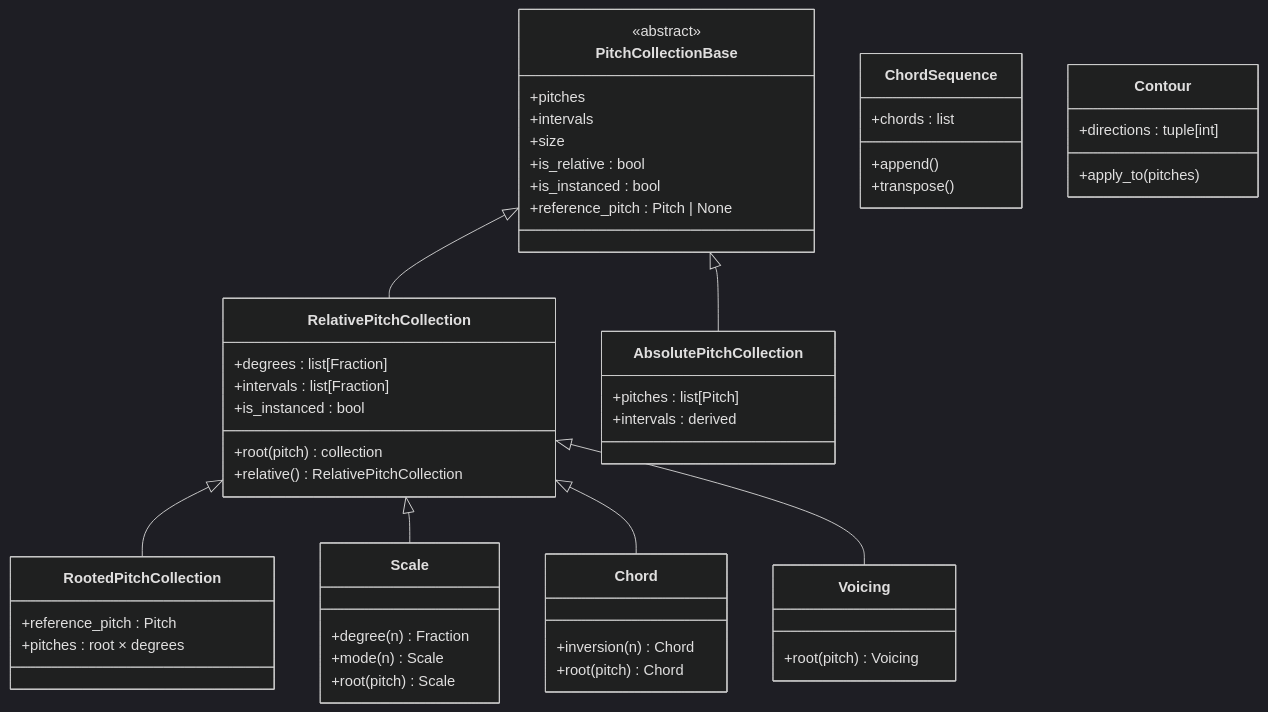
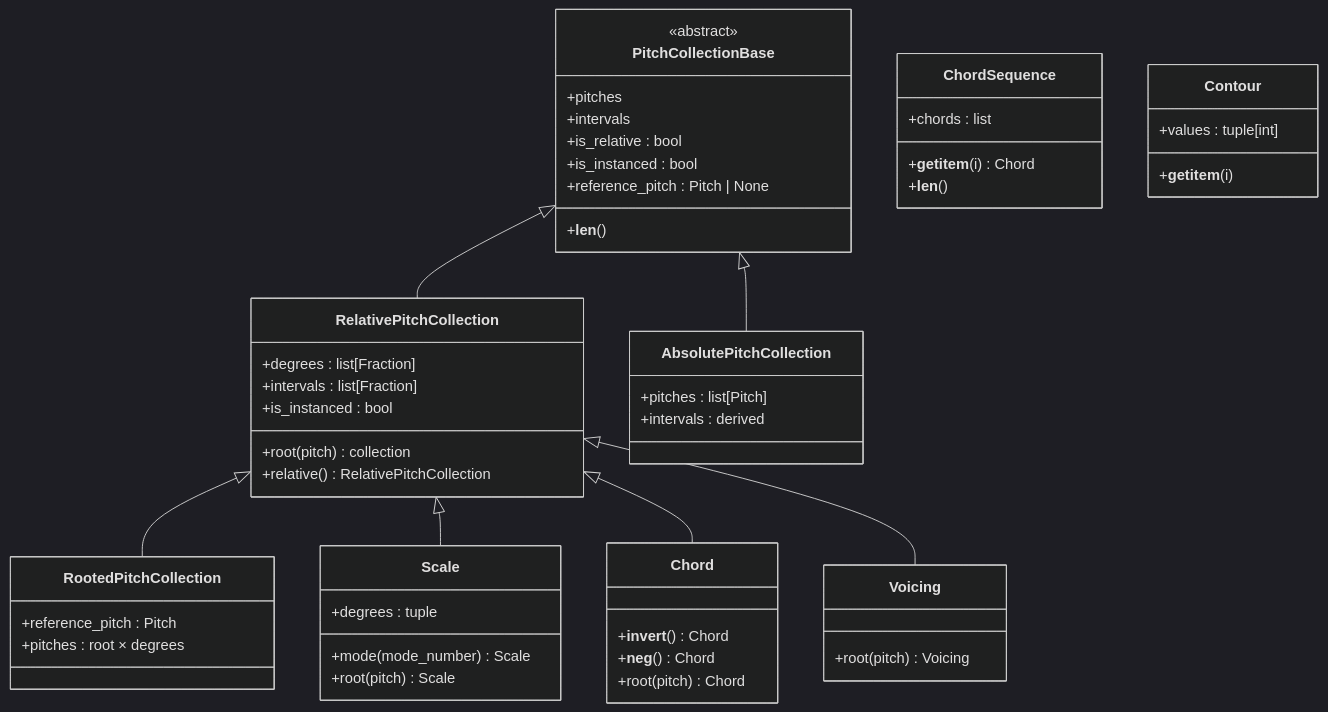
One commit to kr4g/Klotho changed the first of 5 diagrams in docs/architecture/03_TONOS.md. Above: the diagram before and after it, drawn with Mermaid (dark theme). The commit also changed other lines of this file and 13 other files, not shown here.

First line of the commit message:
Overhaul architecture docs for Klotho 10.x API

````diff
--- a/docs/architecture/03_TONOS.md
+++ b/docs/architecture/03_TONOS.md
@@ -60,63 +60,64 @@
 ```mermaid
 classDiagram
     class PitchCollectionBase {
         <<abstract>>
         +pitches
         +intervals
-        +size
+        +__len__()
         +is_relative : bool
         +is_instanced : bool
         +reference_pitch : Pitch | None
     }
 
     class RelativePitchCollection {
         +degrees : list[Fraction]
         +intervals : list[Fraction]
         +is_instanced : bool
         +root(pitch) collection
         +relative() RelativePitchCollection
     }
 
     class AbsolutePitchCollection {
         +pitches : list[Pitch]
         +intervals : derived
     }
 
     class RootedPitchCollection {
         +reference_pitch : Pitch
         +pitches : root × degrees
     }
 
     PitchCollectionBase <|-- RelativePitchCollection
     PitchCollectionBase <|-- AbsolutePitchCollection
     RelativePitchCollection <|-- RootedPitchCollection
     RelativePitchCollection <|-- Scale
     RelativePitchCollection <|-- Chord
     RelativePitchCollection <|-- Voicing
 
     class Scale {
-        +degree(n) Fraction
-        +mode(n) Scale
+        +degrees : tuple
+        +mode(mode_number) Scale
         +root(pitch) Scale
     }
 
     class Chord {
-        +inversion(n) Chord
+        +__invert__() Chord
+        +__neg__() Chord
         +root(pitch) Chord
     }
 
     class Voicing {
         +root(pitch) Voicing
     }
 
     class ChordSequence {
         +chords : list
-        +append()
-        +transpose()
+        +__getitem__(i) Chord
+        +__len__()
     }
 
     class Contour {
-        +directions : tuple[int]
-        +apply_to(pitches)
+        +values : tuple[int]
+        +__getitem__(i)
     }
 ```
````
